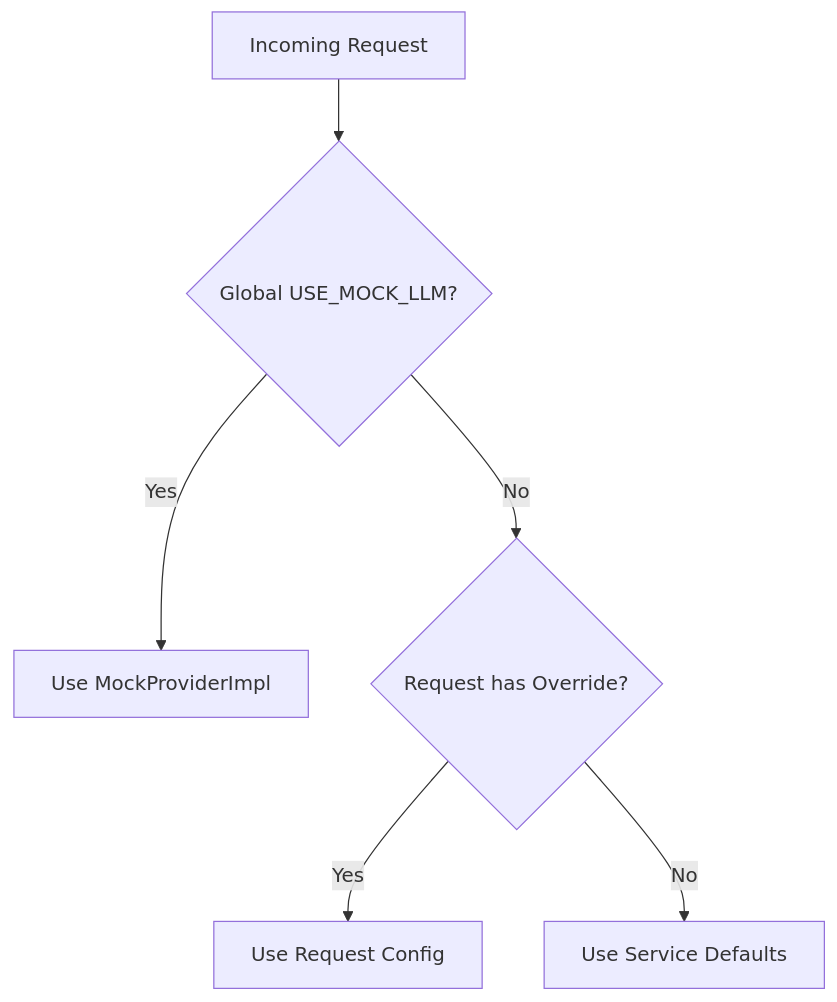
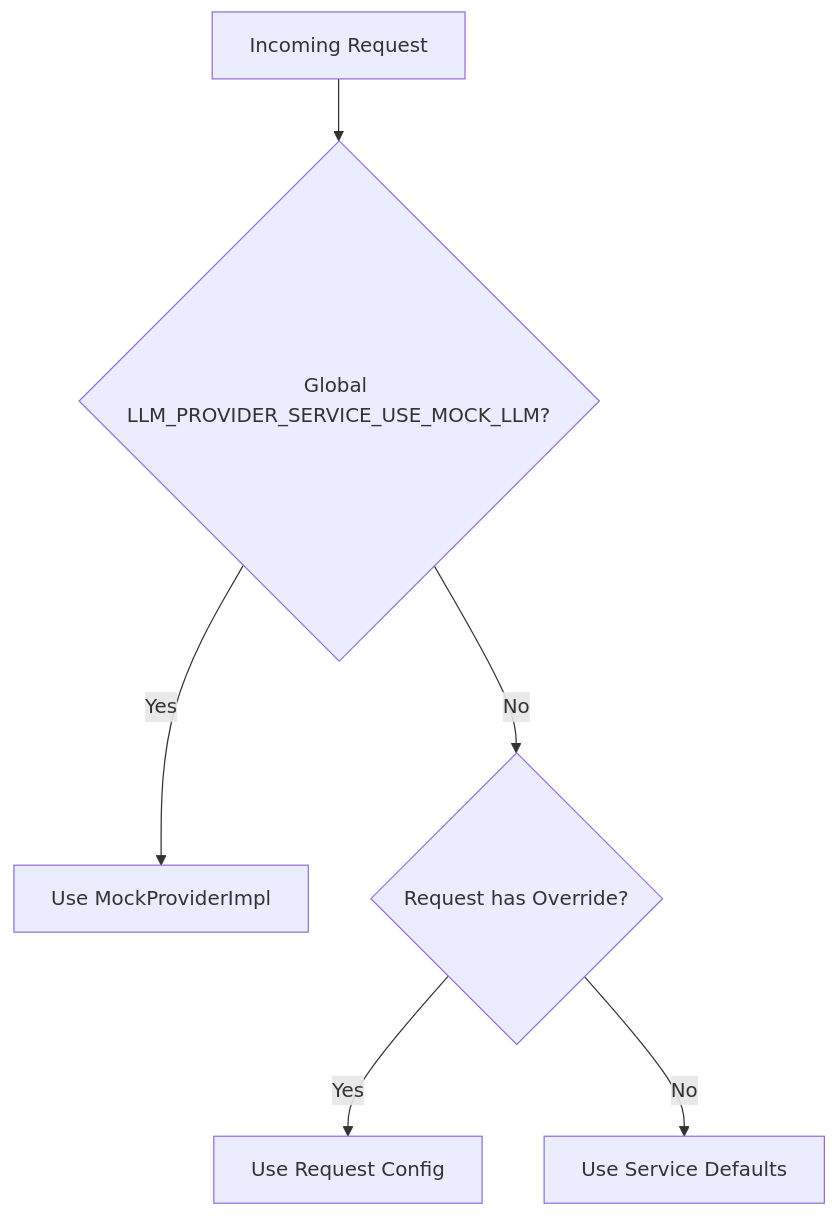
The diagram in docs/operations/llm-provider-configuration-hierarchy.md (paunchygent/huleedu), drawn with Mermaid before and after one commit. The commit also changed other lines of this file and 12 other files, not shown here.

First line of the commit message:
refactor(llm): switch default provider to OpenAI gpt-5.1 and deprecate USE_MOCK_LLM alias

````diff
--- a/docs/operations/llm-provider-configuration-hierarchy.md
+++ b/docs/operations/llm-provider-configuration-hierarchy.md
@@ -16,8 +16,8 @@
 ```mermaid
 graph TD
-    A[Incoming Request] --> B{Global USE_MOCK_LLM?}
+    A[Incoming Request] --> B{Global LLM_PROVIDER_SERVICE_USE_MOCK_LLM?}
     B -- Yes --> C[Use MockProviderImpl]
     B -- No --> D{Request has Override?}
     D -- Yes --> E[Use Request Config]
     D -- No --> F[Use Service Defaults]
 ```
````
